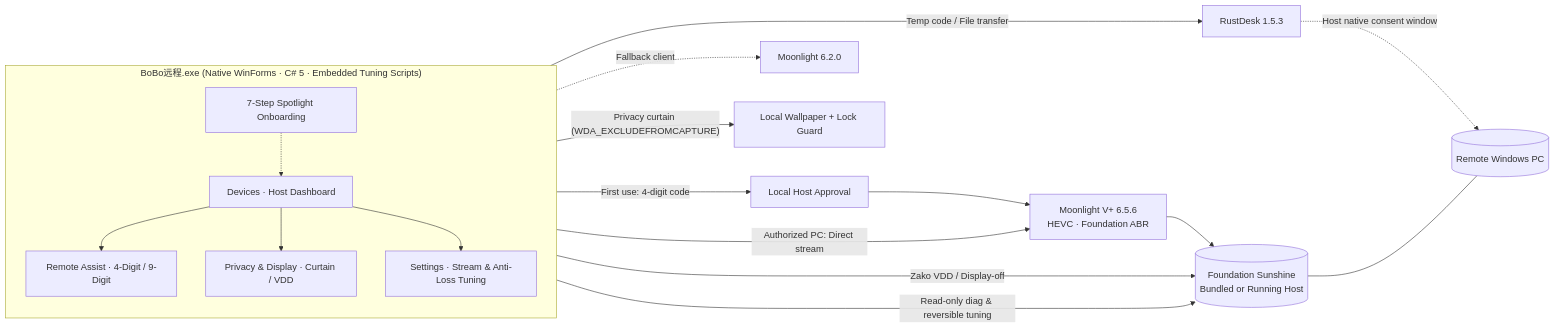
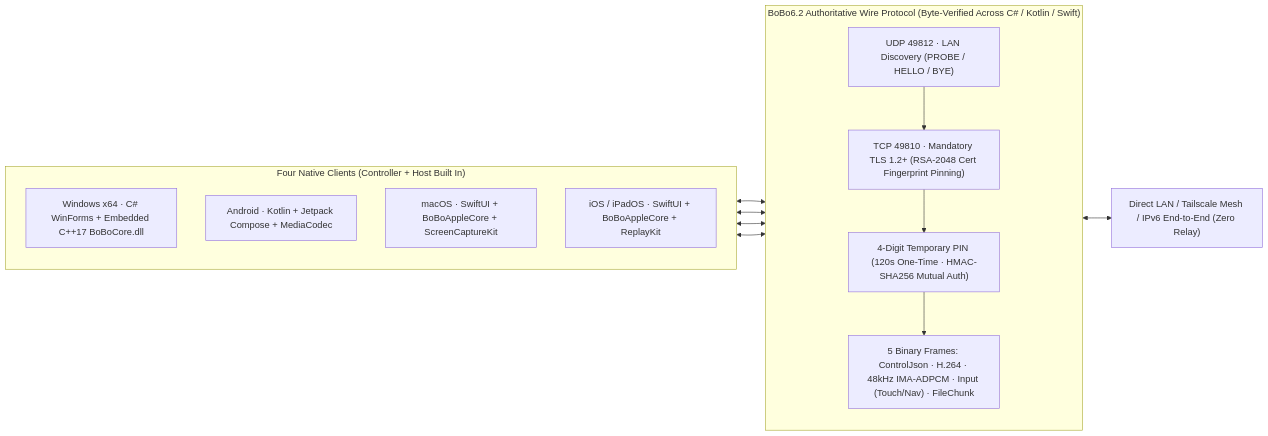
The diagram in README.en.md (Gluxggg/BoBo-Remote), drawn with Mermaid before and after one commit. The commit also changed other lines of this file and 1 other file, not shown here.

Commit message:
docs: update README.md and README.en.md for v6.2.0 four-platform release

````diff
--- a/README.en.md
+++ b/README.en.md
@@ -51,24 +63,27 @@
 ```mermaid
 flowchart LR
-  subgraph L["BoBo远程.exe (Native WinForms · C# 5 · Embedded Tuning Scripts)"]
+  subgraph CLIENTS["Four Native Clients (Controller + Host Built In)"]
     direction TB
-    G["7-Step Spotlight Onboarding"] -.-> A["Devices · Host Dashboard"]
-    A --> B["Remote Assist · 4-Digit / 9-Digit"]
-    A --> C["Privacy & Display · Curtain / VDD"]
-    A --> D["Settings · Stream & Anti-Loss Tuning"]
+    WIN["Windows x64 · C# WinForms + Embedded C++17 BoBoCore.dll"]
+    AND["Android · Kotlin + Jetpack Compose + MediaCodec"]
+    MAC["macOS · SwiftUI + BoBoAppleCore + ScreenCaptureKit"]
+    IOS["iOS / iPadOS · SwiftUI + BoBoAppleCore + ReplayKit"]
   end
 
-  B -->|"Authorized PC: Direct stream"| V["Moonlight V+ 6.5.6<br/>HEVC · Foundation ABR"]
-  B -->|"First use: 4-digit code"| P["Local Host Approval"]
-  P --> V
-  B -.->|"Fallback client"| M["Moonlight 6.2.0"]
-  B -->|"Temp code / File transfer"| R["RustDesk 1.5.3"]
+  subgraph PROTO["BoBo6.2 Authoritative Wire Protocol (Byte-Verified Across C# / Kotlin / Swift)"]
+    direction TB
+    DISC["UDP 49812 · LAN Discovery (PROBE / HELLO / BYE)"]
+    TLS["TCP 49810 · Mandatory TLS 1.2+ (RSA-2048 Cert Fingerprint Pinning)"]
+    AUTH["4-Digit Temporary PIN (120s One-Time · HMAC-SHA256 Mutual Auth)"]
+    FRAMES["5 Binary Frames: ControlJson · H.264 · 48kHz IMA-ADPCM · Input (Touch/Nav) · FileChunk"]
+    DISC --> TLS --> AUTH --> FRAMES
+  end
 
-  C -->|"Privacy curtain (WDA_EXCLUDEFROMCAPTURE)"| W["Local Wallpaper + Lock Guard"]
-  C -->|"Zako VDD / Display-off"| S[("Foundation Sunshine<br/>Bundled or Running Host")]
-  D -->|"Read-only diag & reversible tuning"| S
+  NET["Direct LAN / Tailscale Mesh / IPv6 End-to-End (Zero Relay)"]
 
-  V --> S
-  R -.->|"Host native consent window"| H[("Remote Windows PC")]
-  S --- H
+  WIN <--> PROTO
+  AND <--> PROTO
+  MAC <--> PROTO
+  IOS <--> PROTO
+  PROTO <--> NET
 ```
````
